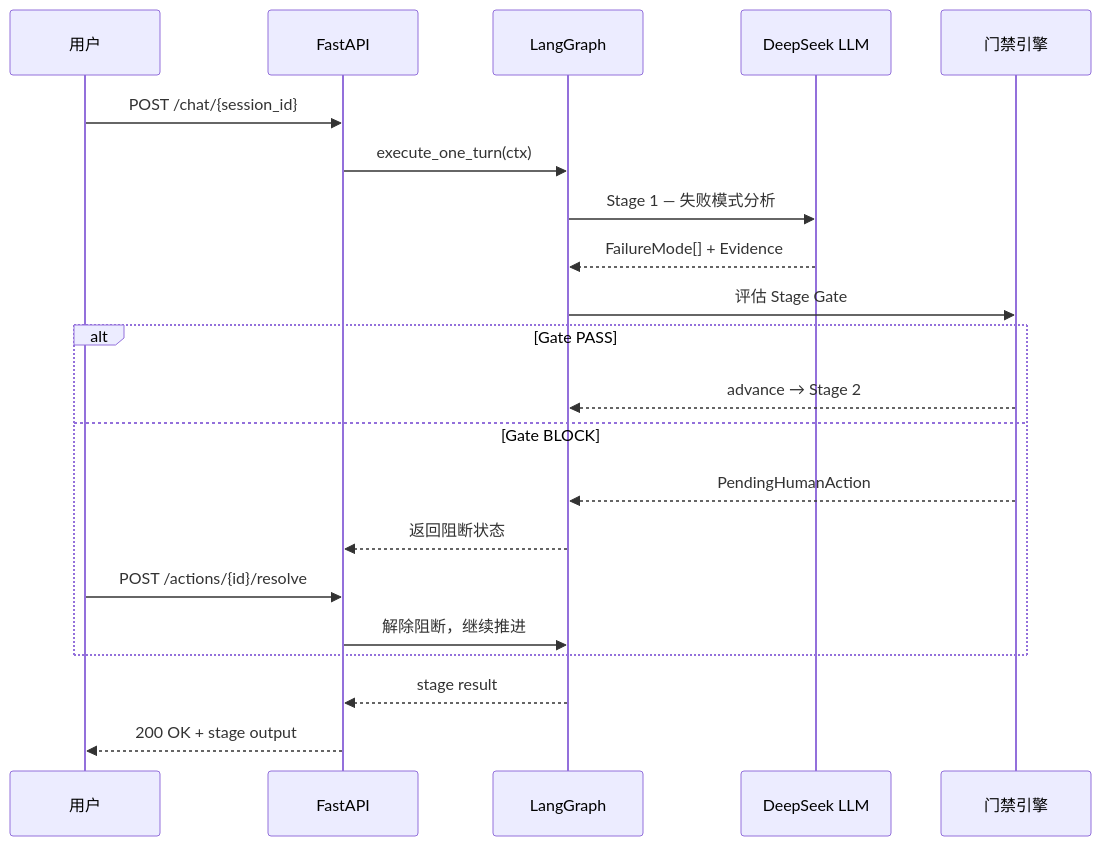
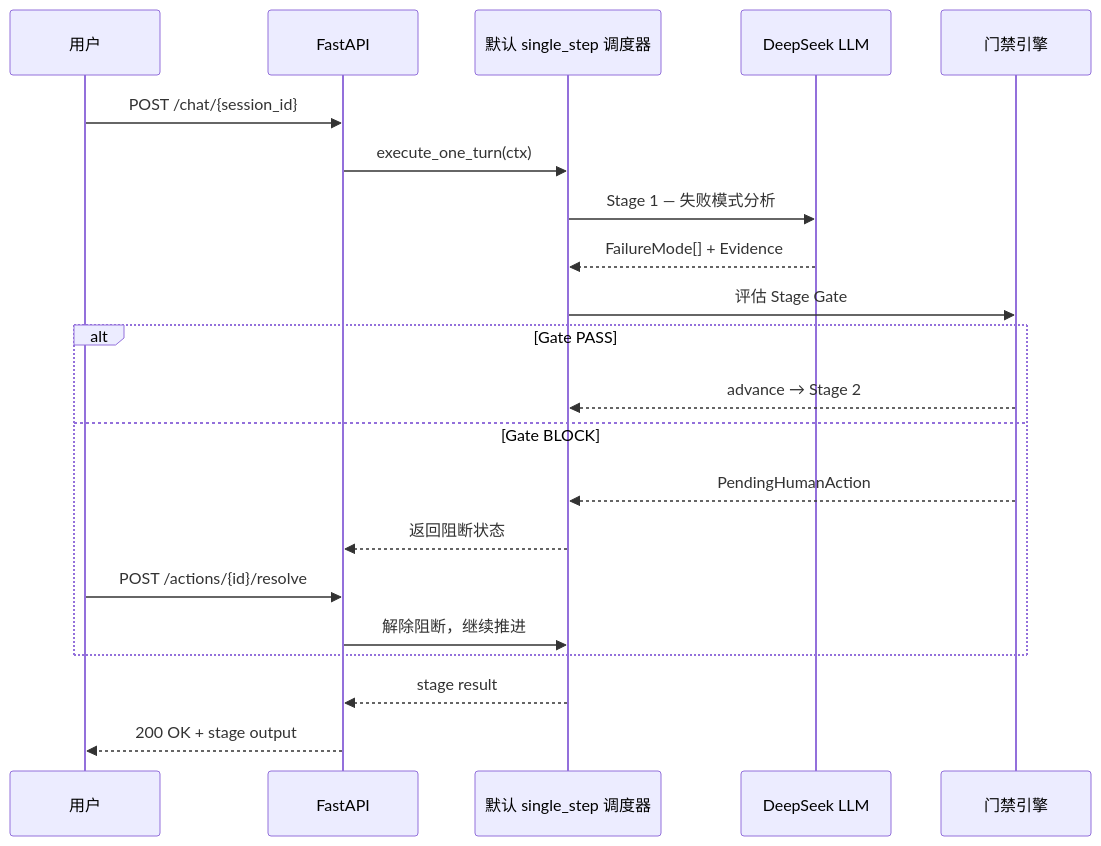
One commit to gome09/ai-workflow-premortem-pure changed the second of 2 diagrams in docs/spec/architecture.md. Above: the diagram before and after it, drawn with Mermaid. The commit also changed other lines of this file and 40 other files, not shown here.

````diff
--- a/docs/spec/architecture.md
+++ b/docs/spec/architecture.md
@@ -47,24 +47,24 @@
 ```mermaid
 sequenceDiagram
     participant U as 用户
     participant API as FastAPI
-    participant Graph as LangGraph
+    participant Graph as 默认 single_step 调度器
     participant LLM as DeepSeek LLM
     participant Gate as 门禁引擎
 
     U->>API: POST /chat/{session_id}
     API->>Graph: execute_one_turn(ctx)
     Graph->>LLM: Stage 1 — 失败模式分析
     LLM-->>Graph: FailureMode[] + Evidence
     Graph->>Gate: 评估 Stage Gate
     alt Gate PASS
         Gate-->>Graph: advance → Stage 2
     else Gate BLOCK
         Gate-->>Graph: PendingHumanAction
         Graph-->>API: 返回阻断状态
         U->>API: POST /actions/{id}/resolve
         API->>Graph: 解除阻断，继续推进
     end
     Graph-->>API: stage result
     API-->>U: 200 OK + stage output
 ```
````
